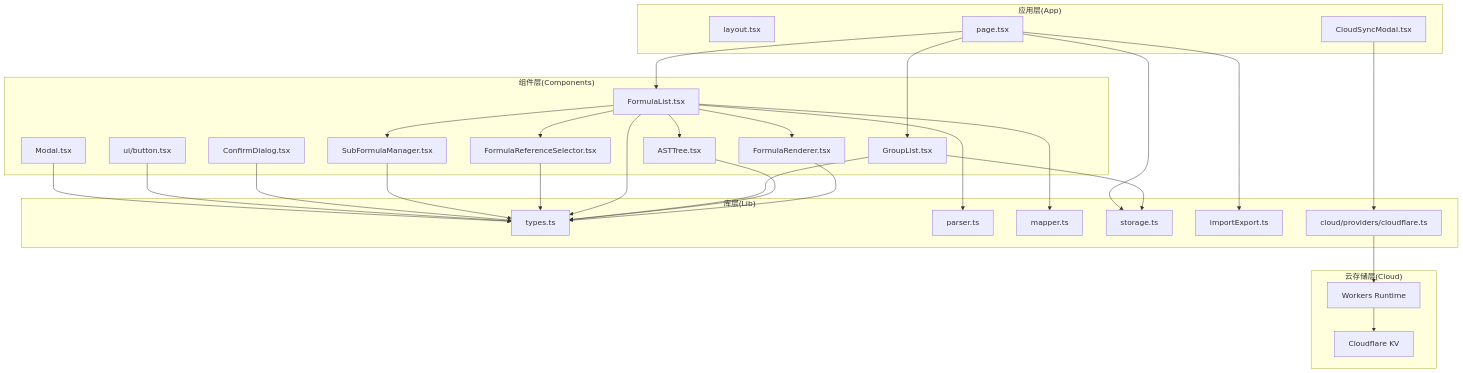
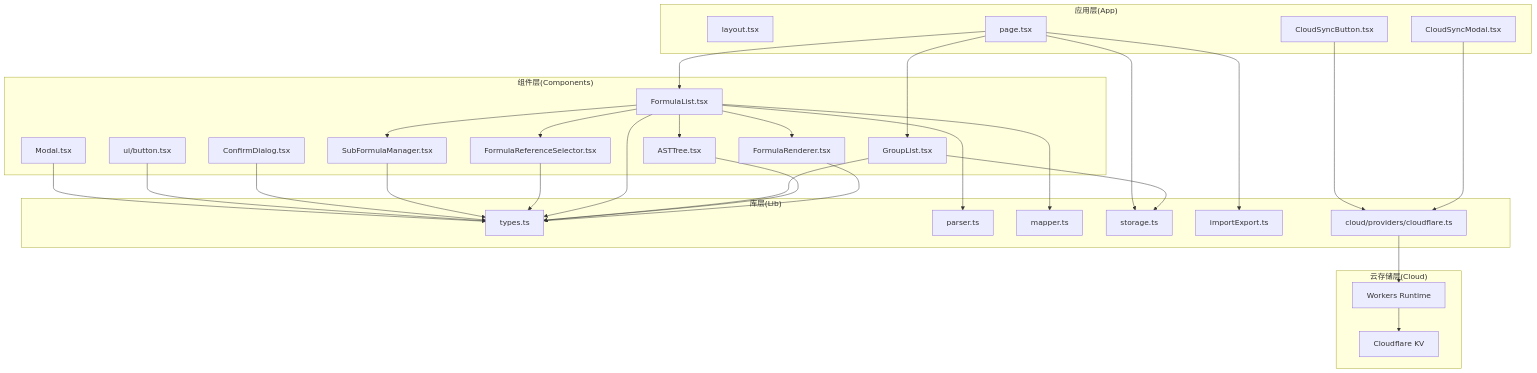
Before and after one commit to steveyu2/formula-mapper: the first of 18 diagrams in .qoder/repowiki/zh/content/开发者指南/开发者指南.md, drawn with Mermaid. The commit also changed other lines of this file and 2 other files, not shown here.

````diff
--- a/.qoder/repowiki/zh/content/开发者指南/开发者指南.md
+++ b/.qoder/repowiki/zh/content/开发者指南/开发者指南.md
@@ -75,54 +77,56 @@
 ```mermaid
 graph TB
 subgraph "应用层(App)"
 L["layout.tsx"]
 P["page.tsx"]
 CSM["CloudSyncModal.tsx"]
+CSB["CloudSyncButton.tsx"]
 end
 subgraph "组件层(Components)"
 GL["GroupList.tsx"]
 FL["FormulaList.tsx"]
 FR["FormulaRenderer.tsx"]
 AT["ASTTree.tsx"]
 FRS["FormulaReferenceSelector.tsx"]
 SFM["SubFormulaManager.tsx"]
 CD["ConfirmDialog.tsx"]
 BTN["ui/button.tsx"]
 MOD["Modal.tsx"]
 end
 subgraph "库层(Lib)"
 T["types.ts"]
 PR["parser.ts"]
 MR["mapper.ts"]
 ST["storage.ts"]
 IE["importExport.ts"]
 CF["cloud/providers/cloudflare.ts"]
 end
 subgraph "云存储层(Cloud)"
 WR["Workers Runtime"]
 KV["Cloudflare KV"]
 end
 P --> GL
 P --> FL
 FL --> FR
 FL --> AT
 FL --> FRS
 FL --> SFM
 GL --> ST
 FL --> PR
 FL --> MR
 P --> ST
 P --> IE
 FR --> T
 AT --> T
 GL --> T
 FL --> T
 FRS --> T
 SFM --> T
 CD --> T
 BTN --> T
 MOD --> T
 CSM --> CF
+CSB --> CF
 CF --> WR
 WR --> KV
 ```
````
